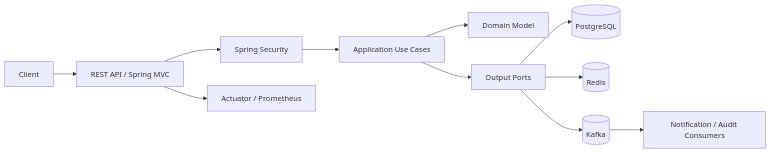
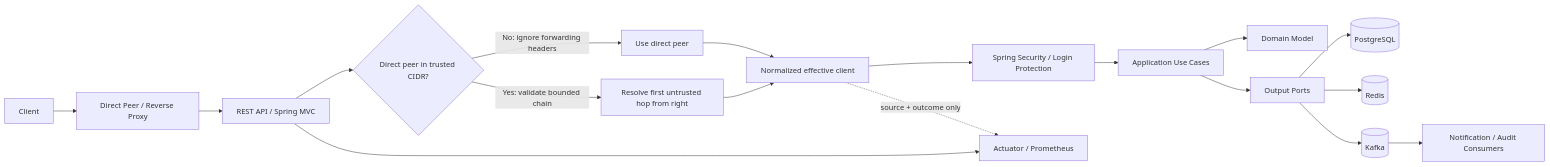
Before and after one commit to nursena-pc/payflow: the diagram in docs/diagrams/architecture.mmd, drawn with Mermaid. The commit also changed 7 other files, not shown here.

Commit message:
docs(security): document trusted client context

```diff
--- a/docs/diagrams/architecture.mmd
+++ b/docs/diagrams/architecture.mmd
@@ -1,11 +1,18 @@
 flowchart LR
-    Client --> API[REST API / Spring MVC]
-    API --> Security[Spring Security]
+    Client[Client] --> Peer[Direct Peer / Reverse Proxy]
+    Peer --> API[REST API / Spring MVC]
+    API --> Trust{Direct peer in trusted CIDR?}
+    Trust -->|No: ignore forwarding headers| Direct[Use direct peer]
+    Trust -->|Yes: validate bounded chain| Chain[Resolve first untrusted hop from right]
+    Direct --> Effective[Normalized effective client]
+    Chain --> Effective
+    Effective --> Security[Spring Security / Login Protection]
     Security --> UseCases[Application Use Cases]
     UseCases --> Domain[Domain Model]
     UseCases --> Ports[Output Ports]
     Ports --> PostgreSQL[(PostgreSQL)]
     Ports --> Redis[(Redis)]
     Ports --> Kafka[(Kafka)]
     Kafka --> Consumers[Notification / Audit Consumers]
     API --> Observability[Actuator / Prometheus]
+    Effective -. source + outcome only .-> Observability
```
